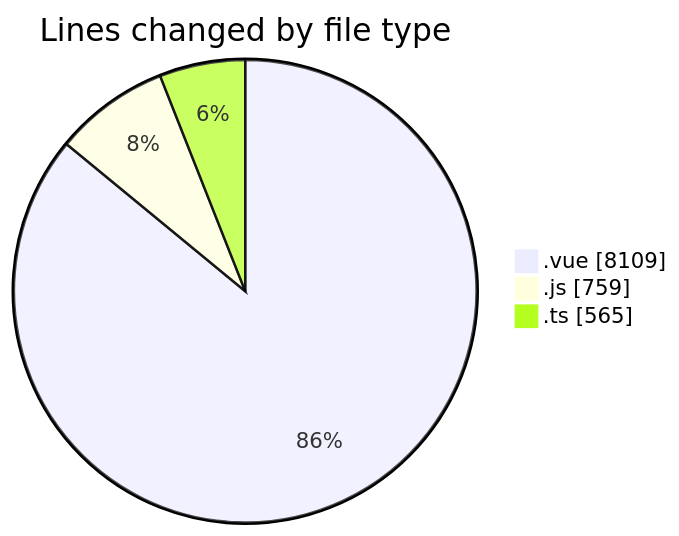
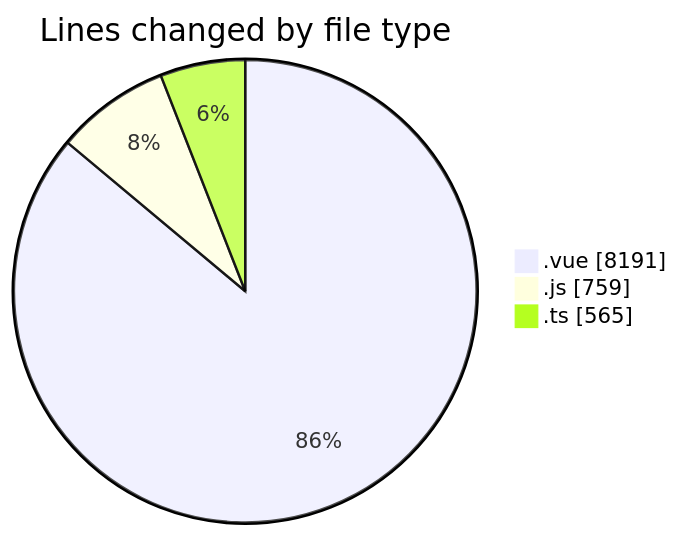
The first of 2 diagrams in 2025-08-13/rentotp/README.md (lephambinh05/code-tracking), drawn with Mermaid before and after one commit. The commit also changed other lines of this file and 1 other file, not shown here.

````diff
--- a/2025-08-13/rentotp/README.md
+++ b/2025-08-13/rentotp/README.md
@@ -36,7 +36,7 @@
 ```mermaid
 pie showData
 title Lines changed by file type
-".vue" : 8109
+".vue" : 8191
 ".js" : 759
 ".ts" : 565
 ```
````
